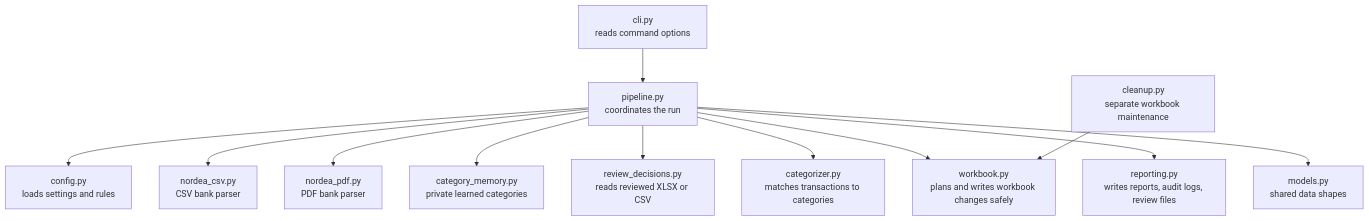
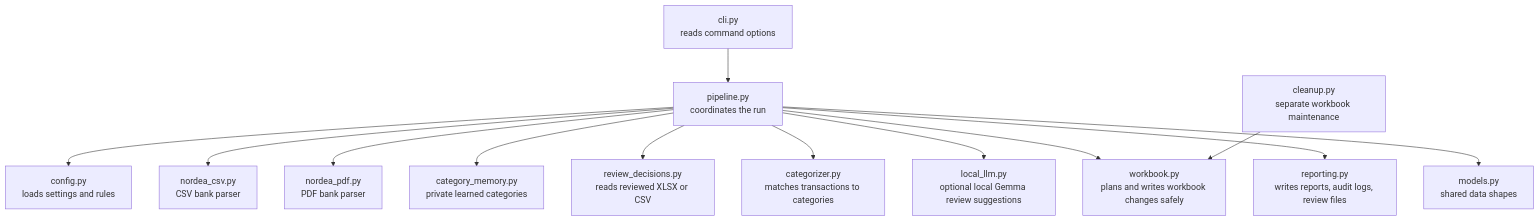
One commit to EricleungDK/personalwealthtracker changed the third of 5 diagrams in docs/project_overview.md. Above: the diagram before and after it, drawn with Mermaid. The commit also changed other lines of this file and 17 other files, not shown here.

Commit message:
feat: add local llm review suggestions

````diff
--- a/docs/project_overview.md
+++ b/docs/project_overview.md
@@ -71,14 +73,15 @@
 ```mermaid
 flowchart TD
   CLI["cli.py<br/>reads command options"] --> Pipeline["pipeline.py<br/>coordinates the run"]
   Pipeline --> Config["config.py<br/>loads settings and rules"]
   Pipeline --> Csv["nordea_csv.py<br/>CSV bank parser"]
   Pipeline --> Pdf["nordea_pdf.py<br/>PDF bank parser"]
   Pipeline --> Memory["category_memory.py<br/>private learned categories"]
   Pipeline --> Review["review_decisions.py<br/>reads reviewed XLSX or CSV"]
   Pipeline --> Categorizer["categorizer.py<br/>matches transactions to categories"]
+  Pipeline --> LocalLLM["local_llm.py<br/>optional local Gemma review suggestions"]
   Pipeline --> Workbook["workbook.py<br/>plans and writes workbook changes safely"]
   Pipeline --> Reporting["reporting.py<br/>writes reports, audit logs, review files"]
   Pipeline --> Models["models.py<br/>shared data shapes"]
   Cleanup["cleanup.py<br/>separate workbook maintenance"] --> Workbook
 ```
````
